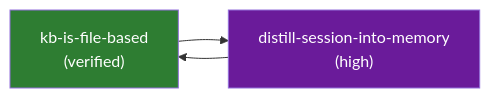
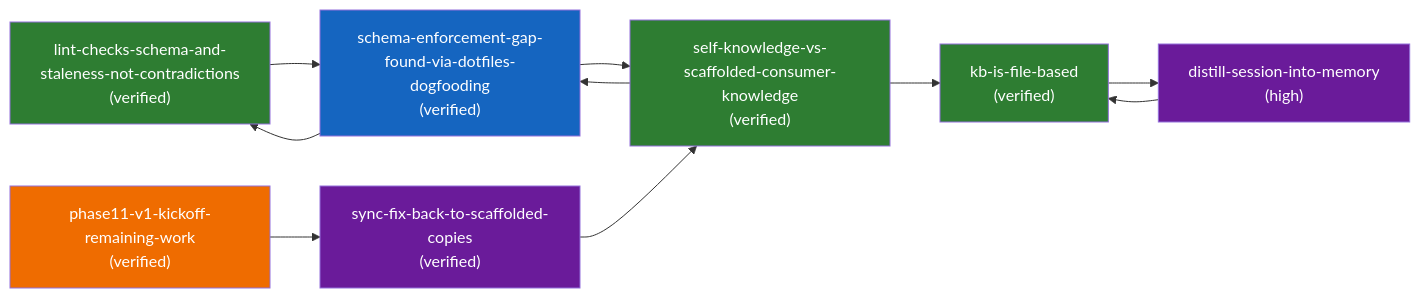
The diagram in memory/_generated/graph.mmd (jvanheerikhuize/knowledge-base), drawn with Mermaid before and after one commit. The commit also changed 2 other files, not shown here.

Commit message:
chore: regenerate kb graph and index after dogfooding entries

```diff
--- a/memory/_generated/graph.mmd
+++ b/memory/_generated/graph.mmd
@@ -1,12 +1,24 @@
 flowchart LR
     classDef semantic fill:#2e7d32,color:#fff
     classDef episodic fill:#1565c0,color:#fff
     classDef procedural fill:#6a1b9a,color:#fff
     classDef working fill:#8d6e63,color:#fff
     classDef retrieval fill:#00838f,color:#fff
     classDef parametric fill:#455a64,color:#fff
     classDef prospective fill:#ef6c00,color:#fff
     n_kb_is_file_based["kb-is-file-based<br/>(verified)"]:::semantic
+    n_lint_checks_schema_and_staleness_not_contradictions["lint-checks-schema-and-staleness-not-contradictions<br/>(verified)"]:::semantic
+    n_self_knowledge_vs_scaffolded_consumer_knowledge["self-knowledge-vs-scaffolded-consumer-knowledge<br/>(verified)"]:::semantic
+    n_schema_enforcement_gap_found_via_dotfiles_dogfooding["schema-enforcement-gap-found-via-dotfiles-dogfooding<br/>(verified)"]:::episodic
     n_distill_session_into_memory["distill-session-into-memory<br/>(high)"]:::procedural
+    n_sync_fix_back_to_scaffolded_copies["sync-fix-back-to-scaffolded-copies<br/>(verified)"]:::procedural
+    n_phase11_v1_kickoff_remaining_work["phase11-v1-kickoff-remaining-work<br/>(verified)"]:::prospective
     n_kb_is_file_based --> n_distill_session_into_memory
+    n_lint_checks_schema_and_staleness_not_contradictions --> n_schema_enforcement_gap_found_via_dotfiles_dogfooding
+    n_self_knowledge_vs_scaffolded_consumer_knowledge --> n_schema_enforcement_gap_found_via_dotfiles_dogfooding
+    n_self_knowledge_vs_scaffolded_consumer_knowledge --> n_kb_is_file_based
+    n_schema_enforcement_gap_found_via_dotfiles_dogfooding --> n_lint_checks_schema_and_staleness_not_contradictions
+    n_schema_enforcement_gap_found_via_dotfiles_dogfooding --> n_self_knowledge_vs_scaffolded_consumer_knowledge
     n_distill_session_into_memory --> n_kb_is_file_based
+    n_sync_fix_back_to_scaffolded_copies --> n_self_knowledge_vs_scaffolded_consumer_knowledge
+    n_phase11_v1_kickoff_remaining_work --> n_sync_fix_back_to_scaffolded_copies
```
